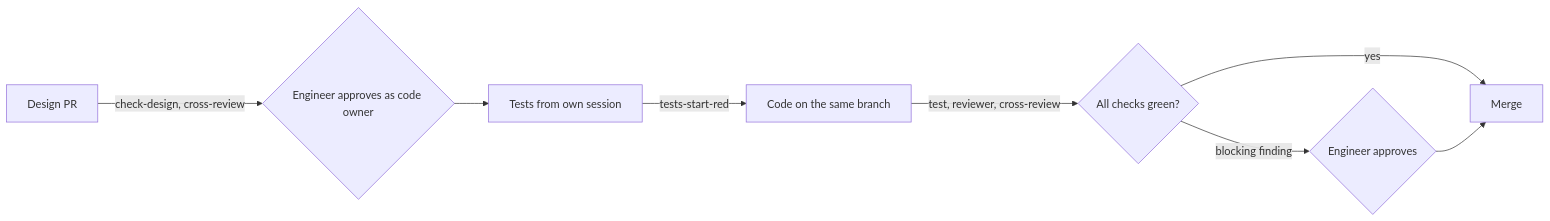
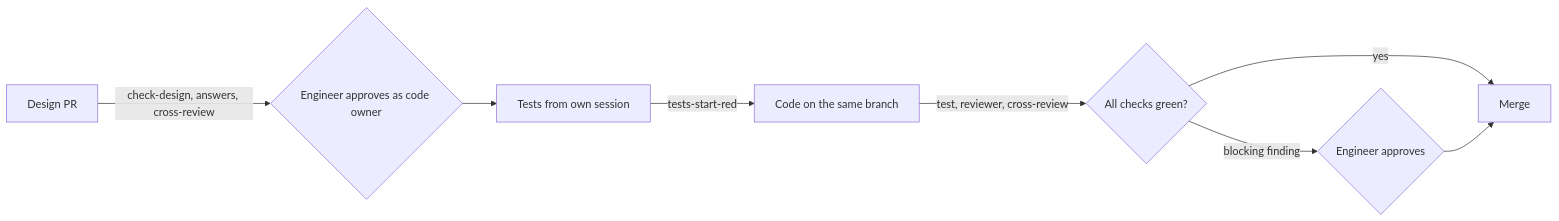
Before and after one commit to HannesT117/software-factory: the diagram in docs/increments/02-trust-core/design.md, drawn with Mermaid. The commit also changed other lines of this file, not shown here.

First line of the commit message:
Close the gaps found in the trust core design

````diff
--- a/docs/increments/02-trust-core/design.md
+++ b/docs/increments/02-trust-core/design.md
@@ -25,10 +28,10 @@
 ```mermaid
 flowchart LR
-  A[Design PR] -->|check-design, cross-review| B{Engineer approves as code owner}
+  A[Design PR] -->|check-design, answers, cross-review| B{Engineer approves as code owner}
   B --> C[Tests from own session]
   C -->|tests-start-red| D[Code on the same branch]
   D -->|test, reviewer, cross-review| E{All checks green?}
   E -->|yes| F[Merge]
   E -->|blocking finding| G{Engineer approves}
   G --> F
 ```
````
